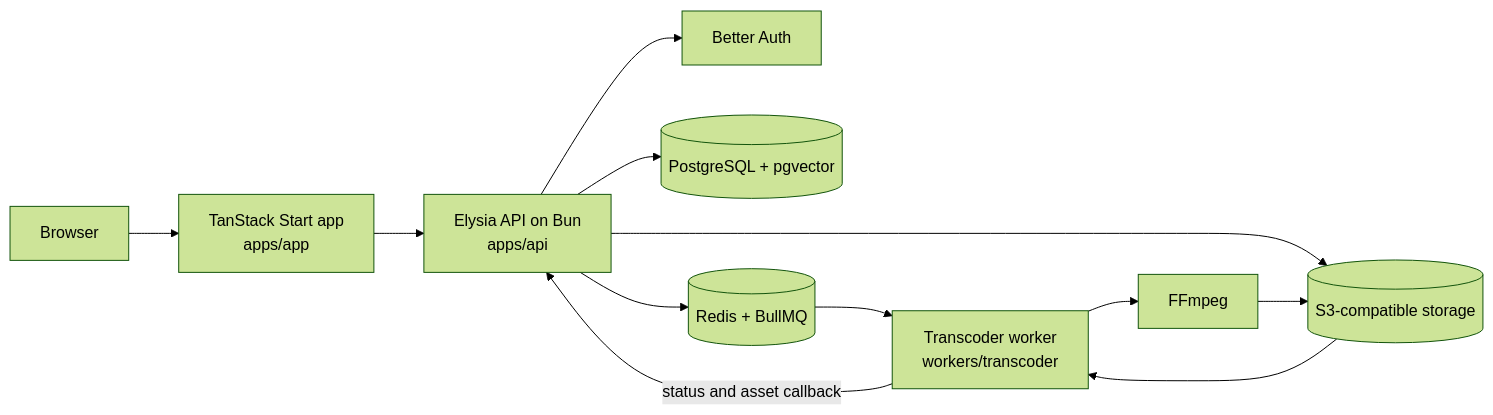
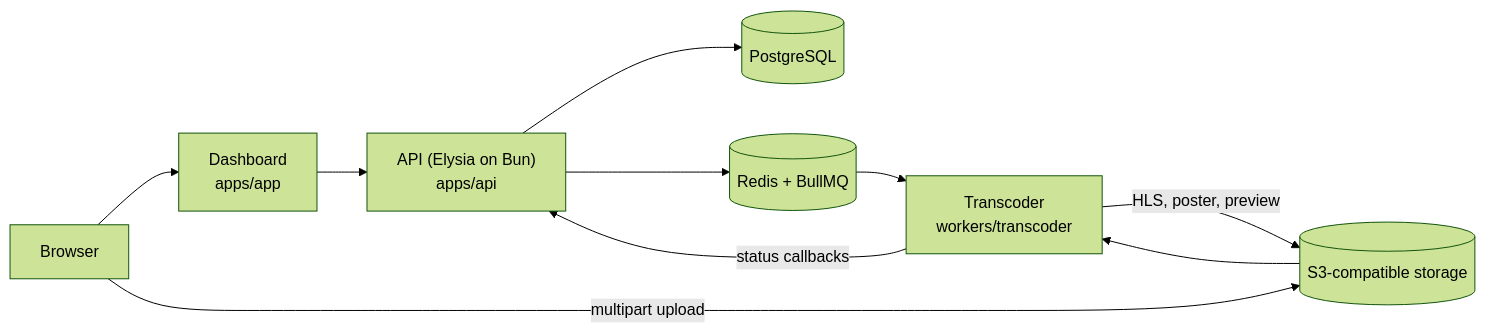
The diagram in README.md (pixelactstudio/vidcastx), drawn with Mermaid (forest theme) before and after one commit. The commit also changed other lines of this file and 1 other file, not shown here.

````diff
--- a/README.md
+++ b/README.md
@@ -28,14 +30,12 @@
 ```mermaid
 flowchart LR
-  browser["Browser"] --> app["TanStack Start app<br/>apps/app"]
-  app --> api["Elysia API on Bun<br/>apps/api"]
-  api --> auth["Better Auth"]
-  api --> postgres[("PostgreSQL + pgvector")]
+  browser["Browser"] --> app["Dashboard<br/>apps/app"]
+  app --> api["API (Elysia on Bun)<br/>apps/api"]
+  browser -->|"multipart upload"| storage[("S3-compatible storage")]
+  api --> postgres[("PostgreSQL")]
   api --> redis[("Redis + BullMQ")]
-  api --> storage[("S3-compatible storage")]
-  redis --> worker["Transcoder worker<br/>workers/transcoder"]
+  redis --> worker["Transcoder<br/>workers/transcoder"]
   storage --> worker
-  worker --> ffmpeg["FFmpeg"]
-  ffmpeg --> storage
-  worker -->|"status and asset callback"| api
+  worker -->|"HLS, poster, preview"| storage
+  worker -->|"status callbacks"| api
 ```
````
